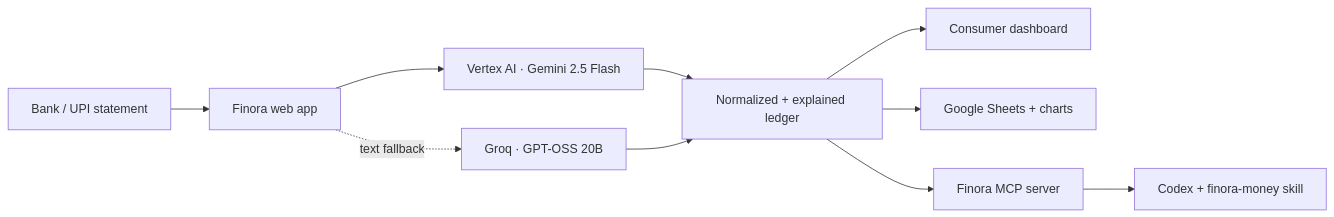
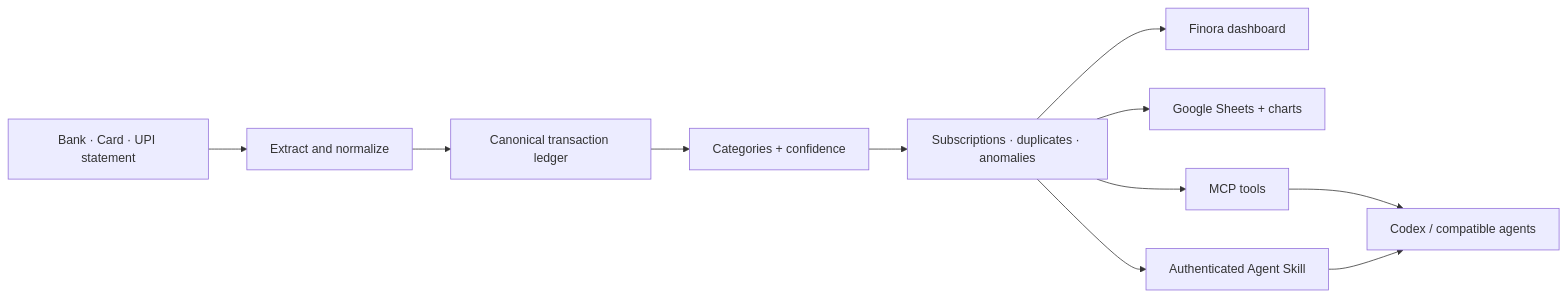
One commit to AdarshSingh-ASR/Finora changed the first of 2 diagrams in README.md. Above: the diagram before and after it, drawn with Mermaid. The commit also changed other lines of this file, not shown here.

````diff
--- a/README.md
+++ b/README.md
@@ -138,12 +80,13 @@
 ```mermaid
 flowchart LR
-  A["Bank / UPI statement"] --> B["Finora web app"]
-  B --> C["Vertex AI · Gemini 2.5 Flash"]
-  C --> D["Normalized + explained ledger"]
-  B -. text fallback .-> I["Groq · GPT-OSS 20B"]
-  I --> D
-  D --> E["Consumer dashboard"]
-  D --> F["Google Sheets + charts"]
-  D --> G["Finora MCP server"]
-  G --> H["Codex + finora-money skill"]
+    A["Bank · Card · UPI statement"] --> B["Extract and normalize"]
+    B --> C["Canonical transaction ledger"]
+    C --> D["Categories + confidence"]
+    D --> E["Subscriptions · duplicates · anomalies"]
+    E --> F["Finora dashboard"]
+    E --> G["Google Sheets + charts"]
+    E --> H["MCP tools"]
+    E --> I["Authenticated Agent Skill"]
+    H --> J["Codex / compatible agents"]
+    I --> J
 ```
````
